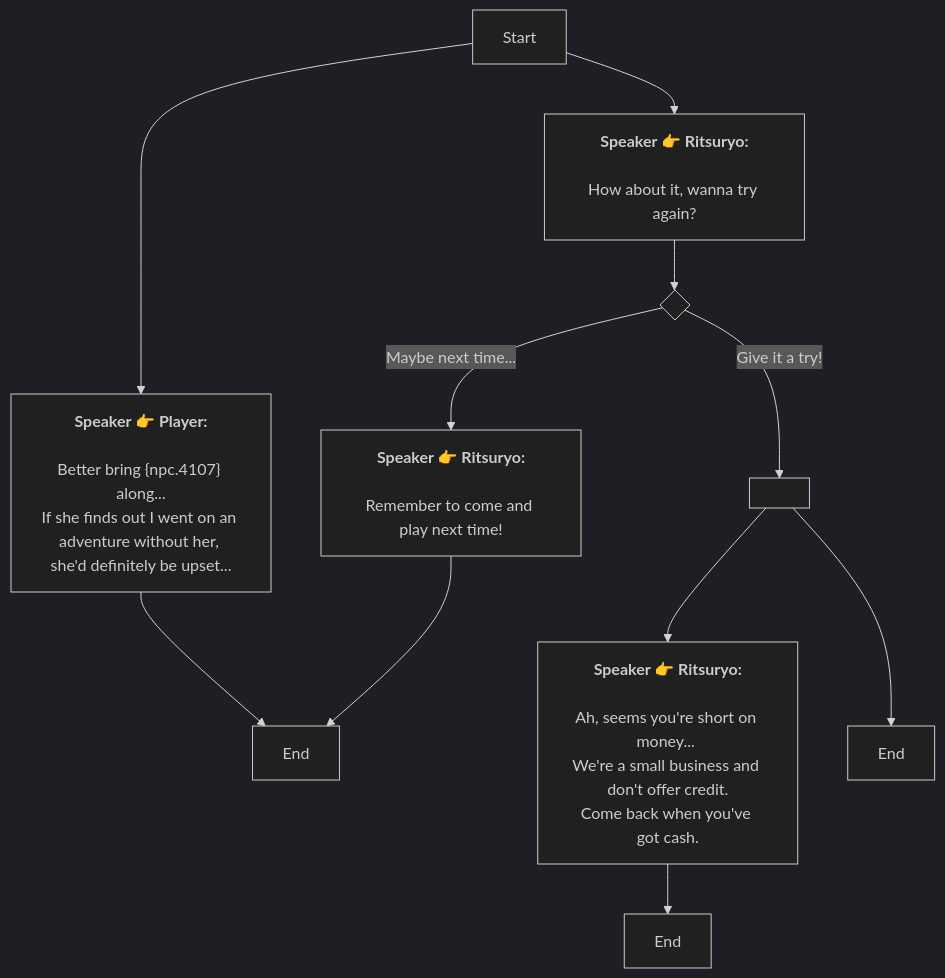
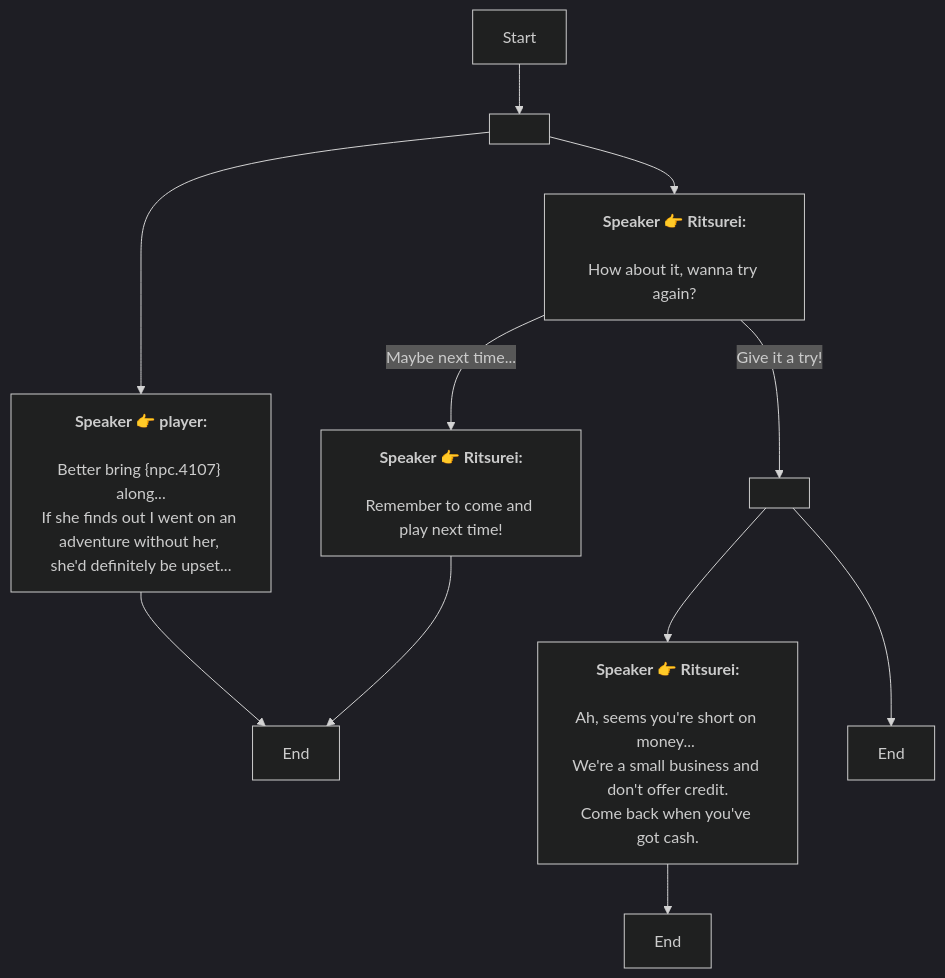
One commit to SoftHu/tos_avg changed the diagram in En/QuestTalkObjectiveNode_1739410435579068.md. Above: the diagram before and after it, drawn with Mermaid (dark theme). The commit also changed 737 other files, not shown here.

````diff
--- a/En/QuestTalkObjectiveNode_1739410435579068.md
+++ b/En/QuestTalkObjectiveNode_1739410435579068.md
@@ -1,25 +1,21 @@
 ```mermaid
 graph
-Start -->1739504820563192[<b>Speaker 👉 Player:</b>
-
-Better bring &lbrace;npc.4107&rbrace; along...
+Start -->1739504820562167[ ]
+1739504820562167 -->1739504820563192[<b>Speaker 👉 player:</b>
+\nBetter bring &lbrace;npc.4107&rbrace; along...
 If she finds out I went on an adventure without her, she'd definitely be upset...]
-Start -->1739410498958538[<b>Speaker 👉 Ritsuryo:</b>
-
-How about it, wanna try again?]
+1739504820562167 -->1739410498958538[<b>Speaker 👉 Ritsurei:</b>
+\nHow about it, wanna try again?]
 1739504820563192 -->1739410498959566[End]
-1739410498958538 -->1739410498959565{ }
-1739410498959565 -->|Give it a try!|1739410498959567[ ]
-1739410498959565 -->|Maybe next time...|1739505094255868[<b>Speaker 👉 Ritsuryo:</b>
-
-Remember to come and play next time!]
-1739410498959567 -->1739410498960593[<b>Speaker 👉 Ritsuryo:</b>
-
-Ah, seems you're short on money... 
+1739410498958538 -->|Give it a try!|1739410498959567[ ]
+1739410498958538 -->|Maybe next time...|1739505094255868[<b>Speaker 👉 Ritsurei:</b>
+\nRemember to come and play next time!]
+1739410498959567 -->1739410498960593[<b>Speaker 👉 Ritsurei:</b>
+\nAh, seems you're short on money... 
 We're a small business and don't offer credit.
 Come back when you've got cash.]
 1739410498959567 -->1739410498959568[End]
 1739410498960593 -->1739410498960594[End]
 1739505094255868 -->1739410498959566[End]
 
- ```
+```
````
